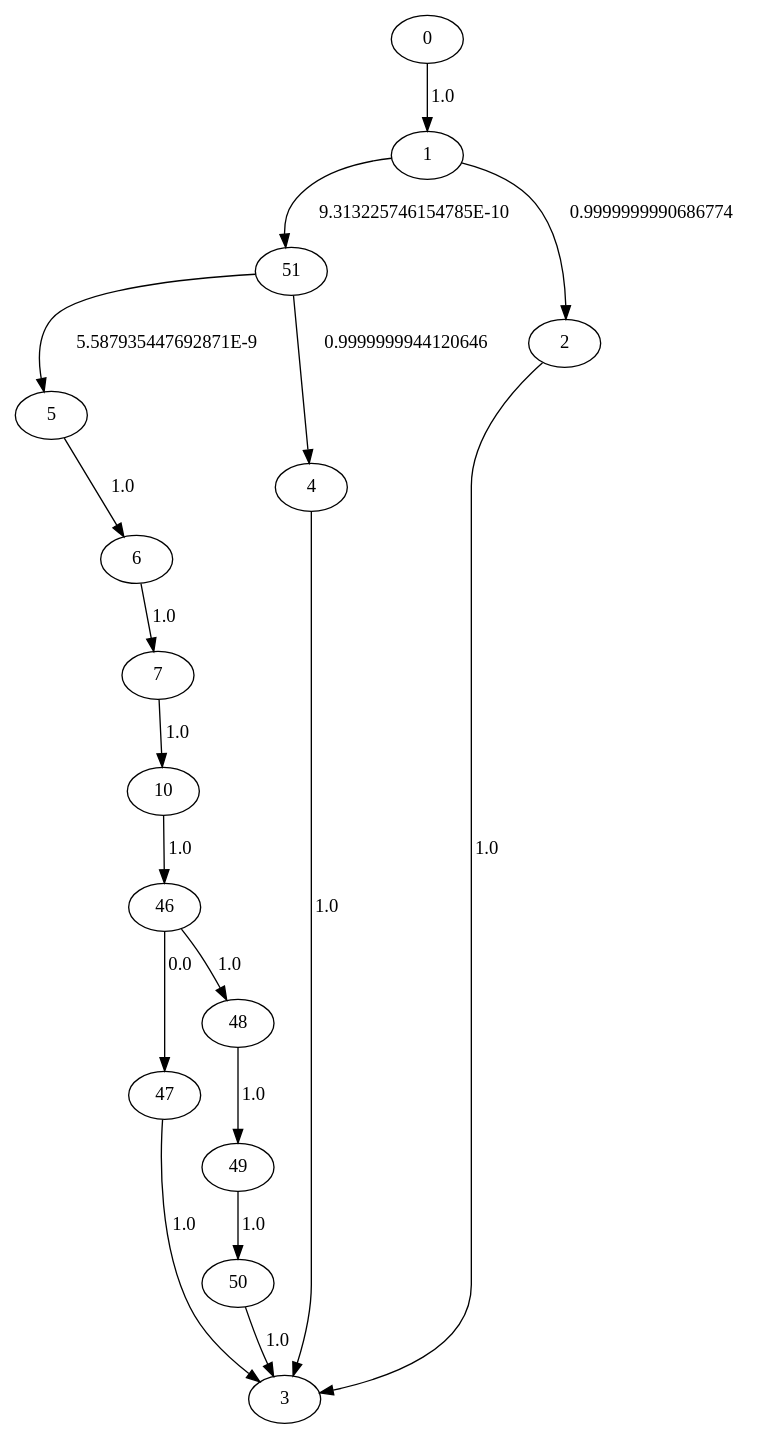
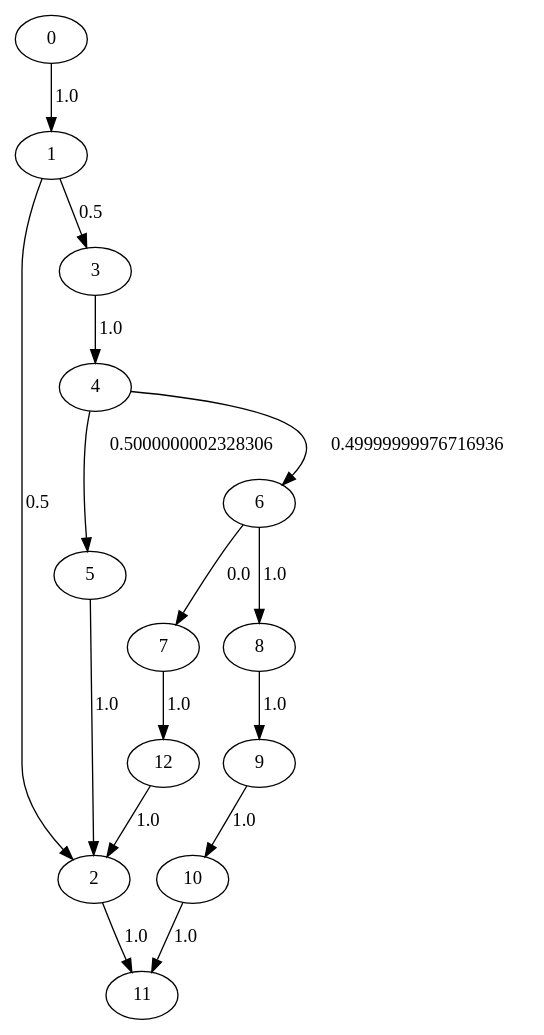
Before and after one commit to seemantasaha/DependencyAnalysis: the diagram in LMain_test.dot, drawn with Graphviz. The commit also changed 13 other files, not shown here.

```diff
--- a/LMain_test.dot
+++ b/LMain_test.dot
@@ -1,19 +1,17 @@
 digraph {
-	46 -> 47[label= "0.0"];
-	46 -> 48[label= "1.0"];
-	47 -> 3[label= "1.0"];
-	48 -> 49[label= "1.0"];
-	49 -> 50[label= "1.0"];
-	50 -> 3[label= "1.0"];
-	51 -> 5[label= "5.587935447692871E-9"];
-	51 -> 4[label= "0.9999999944120646"];
-	10 -> 46[label= "1.0"];
 	0 -> 1[label= "1.0"];
-	1 -> 51[label= "9.313225746154785E-10"];
-	1 -> 2[label= "0.9999999990686774"];
-	2 -> 3[label= "1.0"];
-	4 -> 3[label= "1.0"];
-	5 -> 6[label= "1.0"];
-	6 -> 7[label= "1.0"];
-	7 -> 10[label= "1.0"];
+	1 -> 2[label= "0.5"];
+	1 -> 3[label= "0.5"];
+	12 -> 2[label= "1.0"];
+	2 -> 11[label= "1.0"];
+	3 -> 4[label= "1.0"];
+	4 -> 5[label= "0.5000000002328306"];
+	4 -> 6[label= "0.49999999976716936"];
+	5 -> 2[label= "1.0"];
+	6 -> 7[label= "0.0"];
+	6 -> 8[label= "1.0"];
+	7 -> 12[label= "1.0"];
+	8 -> 9[label= "1.0"];
+	9 -> 10[label= "1.0"];
+	10 -> 11[label= "1.0"];
 }
```
